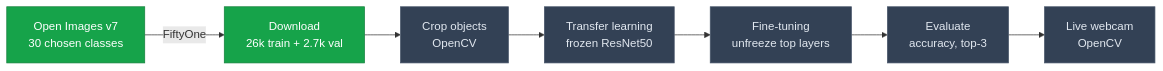
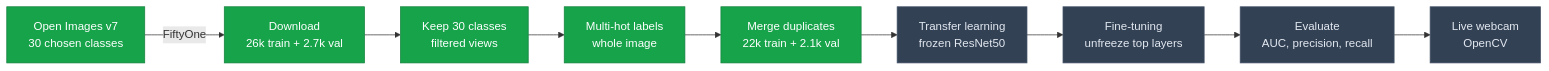
Before and after one commit to python-is-life2022/image-classification-resnet-finetuning: the diagram in README.md, drawn with Mermaid. The commit also changed other lines of this file, not shown here.

First line of the commit message:
update README to match notebook (multi-label, no cropping)

````diff
--- a/README.md
+++ b/README.md
@@ -37,15 +37,17 @@
 ```mermaid
 flowchart LR
     A["Open Images v7<br/>30 chosen classes"] -->|FiftyOne| B["Download<br/>26k train + 2.7k val"]
-    B --> C["Crop objects<br/>OpenCV"]
-    C --> D["Transfer learning<br/>frozen ResNet50"]
-    D --> E["Fine-tuning<br/>unfreeze top layers"]
-    E --> F["Evaluate<br/>accuracy, top-3"]
-    F --> G["Live webcam<br/>OpenCV"]
+    B --> C["Keep 30 classes<br/>filtered views"]
+    C --> D["Multi-hot labels<br/>whole image"]
+    D --> E["Merge duplicates<br/>22k train + 2.1k val"]
+    E --> F["Transfer learning<br/>frozen ResNet50"]
+    F --> G["Fine-tuning<br/>unfreeze top layers"]
+    G --> H["Evaluate<br/>AUC, precision, recall"]
+    H --> I["Live webcam<br/>OpenCV"]
 
     classDef done fill:#16a34a,stroke:#15803d,color:#fff;
     classDef wip fill:#f59e0b,stroke:#b45309,color:#fff;
     classDef todo fill:#334155,stroke:#475569,color:#e2e8f0;
-    class A,B done;
-    class C,D,E,F,G todo;
+    class A,B,C,D,E done;
+    class F,G,H,I todo;
 ```
````
